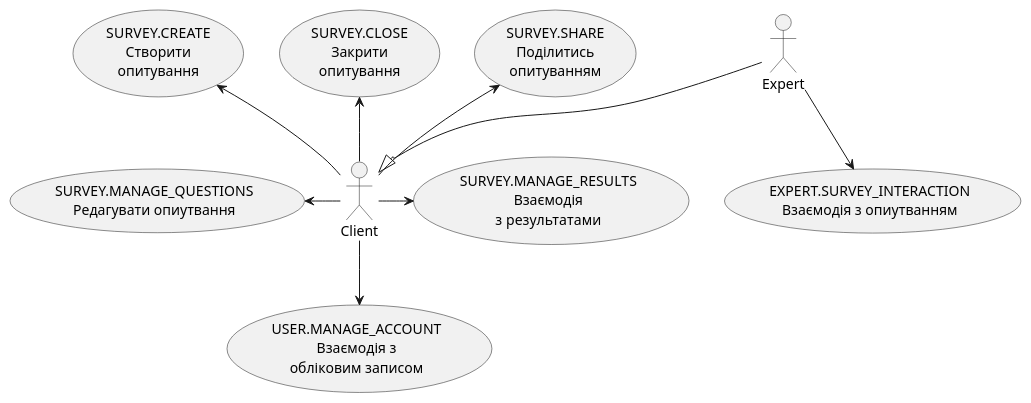
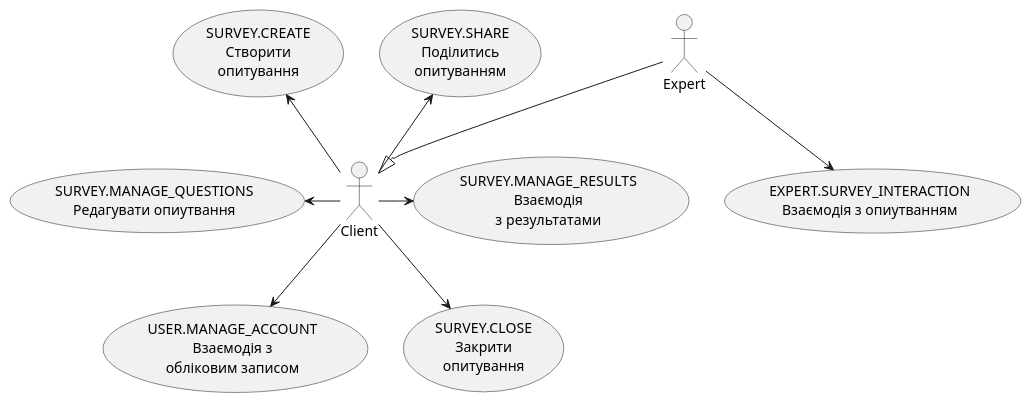
The first of 15 diagrams in docs/use cases/README.md (xastia/edu_db_labs_group1), drawn with PlantUML before and after one commit.

Commit message:
edit use-cases, corrected mistakes in use-case arrows

```diff
--- a/docs/use cases/README.md
+++ b/docs/use cases/README.md
@@ -12,24 +12,24 @@
 @startuml
 
     actor Expert
     actor Client
   
     usecase "USER.MANAGE_ACCOUNT\nВзаємодія з\nобліковим записом" as UInteraction
     usecase "SURVEY.CREATE\nСтворити\nопитування" as SCreate
     usecase "SURVEY.CLOSE\nЗакрити\nопитування" as SClose
     usecase "SURVEY.MANAGE_QUESTIONS\nРедагувати опиутвання" as SEdit
     usecase "EXPERT.SURVEY_INTERACTION\nВзаємодія з опиутванням" as EInteraction
     usecase "SURVEY.SHARE\nПоділитись\nопитуванням" as SShare
     usecase "SURVEY.MANAGE_RESULTS\nВзаємодія\nз результатами" as SResults
  
   
       Expert -d-|> Client
       Expert -d-> EInteraction
       Client -d->UInteraction
       Client -l->SEdit
       Client -u->SShare
       Client -r->SResults
-      Client -u->SClose
+      Client -d->SClose
       Client -u->SCreate
       
 @enduml
```
